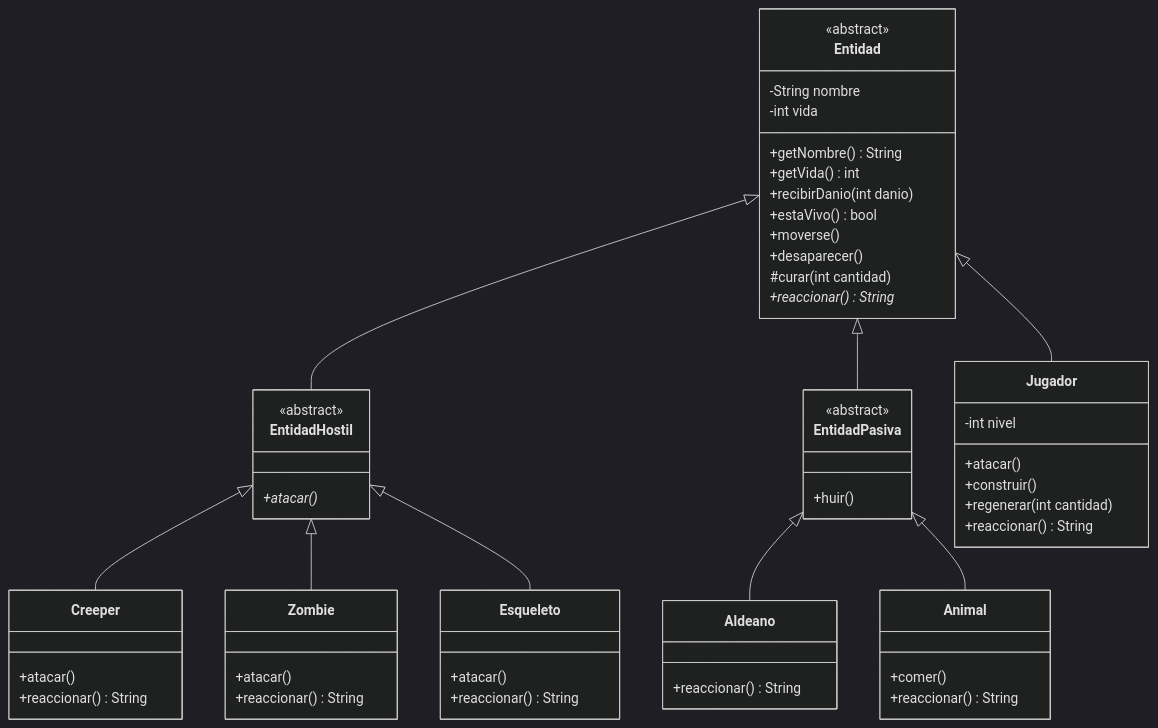
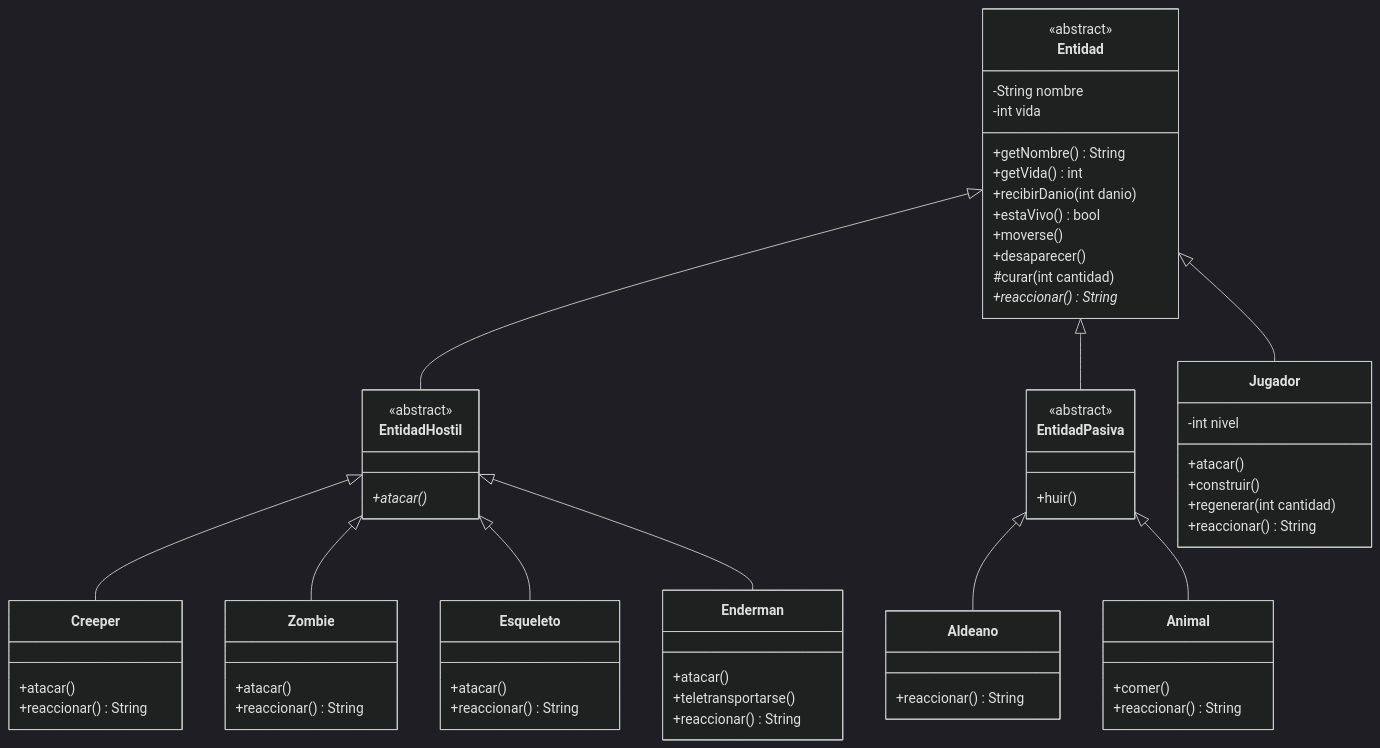
The diagram in README.md (CeciBasu/clbasualdo-taller-git-2026), drawn with Mermaid (dark theme) before and after one commit. The commit also changed other lines of this file, not shown here.

Commit message:
docs: refleja el Enderman en el README (6 entidades y 44 pruebas)

````diff
--- a/README.md
+++ b/README.md
@@ -58,67 +59,74 @@
 ```mermaid
 classDiagram
     class Entidad {
         <<abstract>>
         -String nombre
         -int vida
         +getNombre() String
         +getVida() int
         +recibirDanio(int danio)
         +estaVivo() bool
         +moverse()
         +desaparecer()
         #curar(int cantidad)
         +reaccionar()* String
     }
 
     class EntidadHostil {
         <<abstract>>
         +atacar()*
     }
 
     class EntidadPasiva {
         <<abstract>>
         +huir()
     }
 
     class Creeper {
         +atacar()
         +reaccionar() String
     }
 
     class Zombie {
         +atacar()
         +reaccionar() String
     }
 
     class Esqueleto {
         +atacar()
         +reaccionar() String
     }
 
+    class Enderman {
+        +atacar()
+        +teletransportarse()
+        +reaccionar() String
+    }
+
     class Aldeano {
         +reaccionar() String
     }
 
     class Animal {
         +comer()
         +reaccionar() String
     }
 
     class Jugador {
         -int nivel
         +atacar()
         +construir()
         +regenerar(int cantidad)
         +reaccionar() String
     }
 
     Entidad <|-- EntidadHostil
     Entidad <|-- EntidadPasiva
     Entidad <|-- Jugador
     EntidadHostil <|-- Creeper
     EntidadHostil <|-- Zombie
     EntidadHostil <|-- Esqueleto
+    EntidadHostil <|-- Enderman
     EntidadPasiva <|-- Aldeano
     EntidadPasiva <|-- Animal
 ```
````
